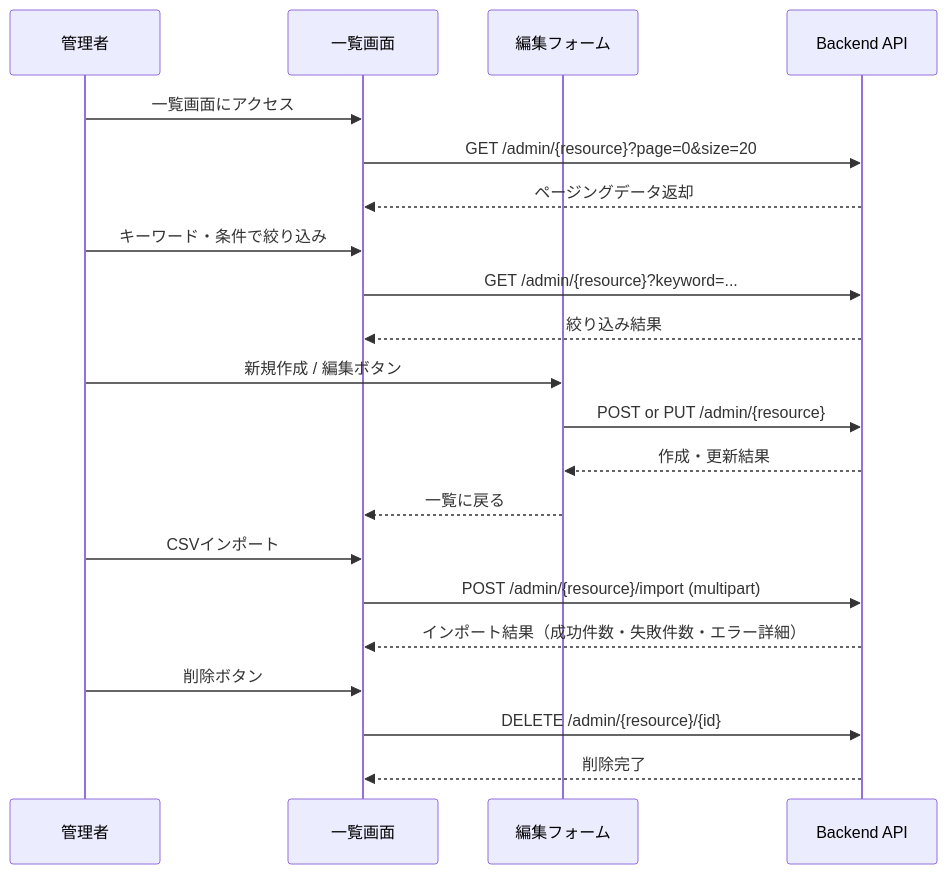
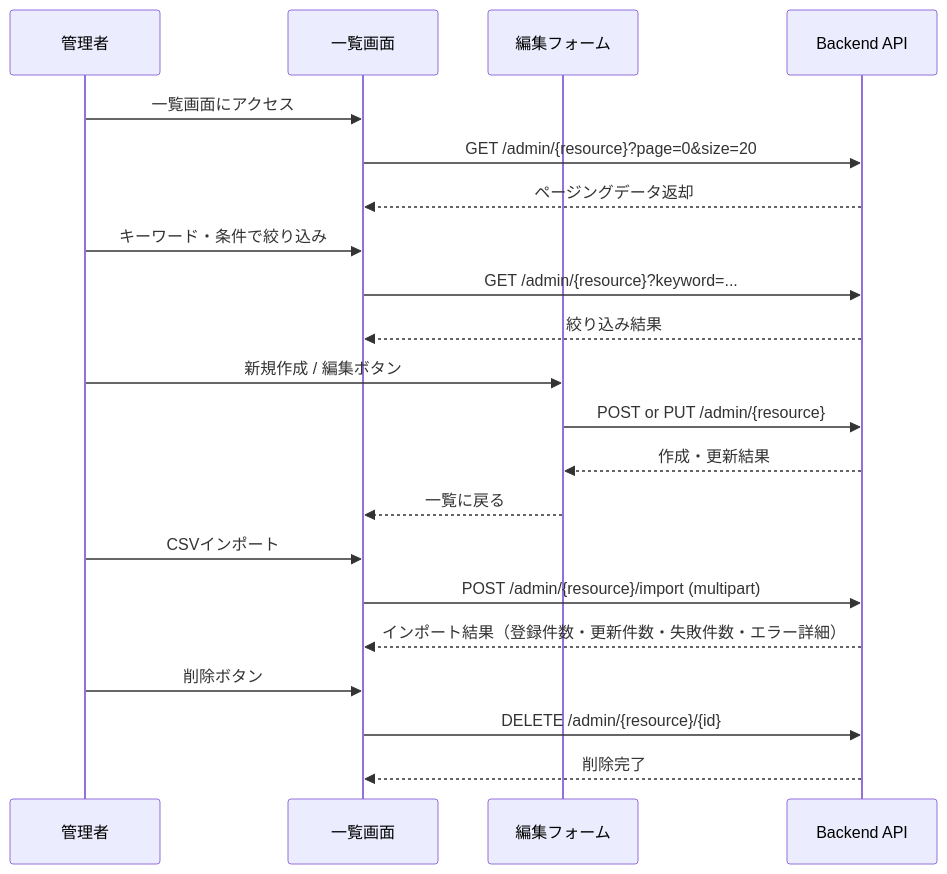
Before and after one commit to taichi0373/kumamoto-henno-map: the eighth of 8 diagrams in docs/02_functions/screen_flow.md, drawn with Mermaid. The commit also changed other lines of this file and 26 other files, not shown here.

````diff
--- a/docs/02_functions/screen_flow.md
+++ b/docs/02_functions/screen_flow.md
@@ -152,28 +184,28 @@
 ```mermaid
 sequenceDiagram
     participant Admin as 管理者
     participant List as 一覧画面
     participant Form as 編集フォーム
     participant API as Backend API
 
     Admin->>List: 一覧画面にアクセス
     List->>API: GET /admin/{resource}?page=0&size=20
     API-->>List: ページングデータ返却
 
     Admin->>List: キーワード・条件で絞り込み
     List->>API: GET /admin/{resource}?keyword=...
     API-->>List: 絞り込み結果
 
     Admin->>Form: 新規作成 / 編集ボタン
     Form->>API: POST or PUT /admin/{resource}
     API-->>Form: 作成・更新結果
     Form-->>List: 一覧に戻る
 
     Admin->>List: CSVインポート
     List->>API: POST /admin/{resource}/import (multipart)
-    API-->>List: インポート結果（成功件数・失敗件数・エラー詳細）
+    API-->>List: インポート結果（登録件数・更新件数・失敗件数・エラー詳細）
 
     Admin->>List: 削除ボタン
     List->>API: DELETE /admin/{resource}/{id}
     API-->>List: 削除完了
 ```
````
